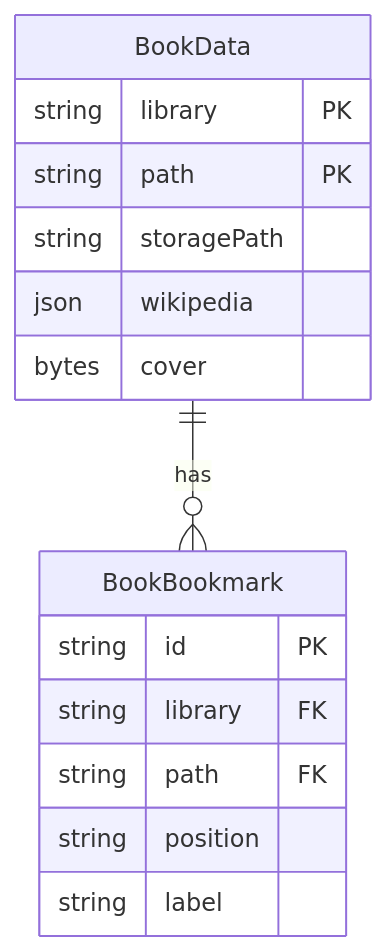
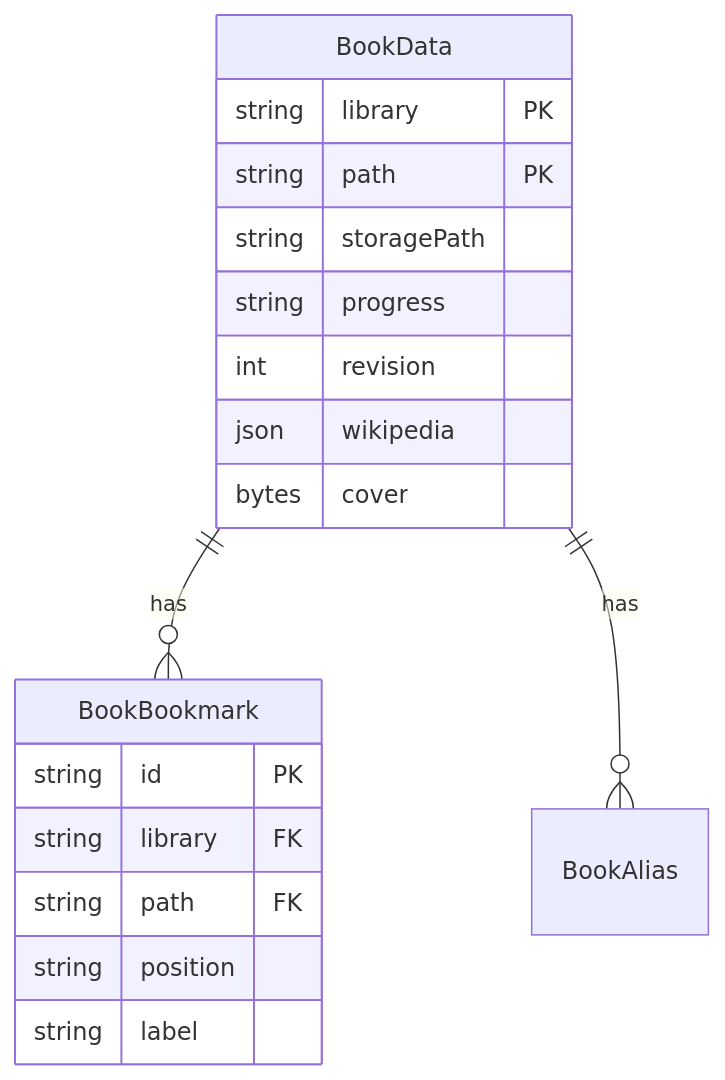
One commit to violetsartcosmos/cyberPlanner changed the second of 2 diagrams in docs/models.md. Above: the diagram before and after it, drawn with Mermaid. The commit also changed other lines of this file and 19 other files, not shown here.

First line of the commit message:
feat: add book progress tracking and API endpoints

````diff
--- a/docs/models.md
+++ b/docs/models.md
@@ -72,18 +71,21 @@
 ```mermaid
 erDiagram
     BookData ||--o{ BookBookmark : has
+    BookData ||--o{ BookAlias : has
     BookData {
         string library PK
         string path PK
         string storagePath
+        string progress
+        int revision
         json wikipedia
         bytes cover
     }
     BookBookmark {
         string id PK
         string library FK
         string path FK
         string position
         string label
     }
 ```
````
